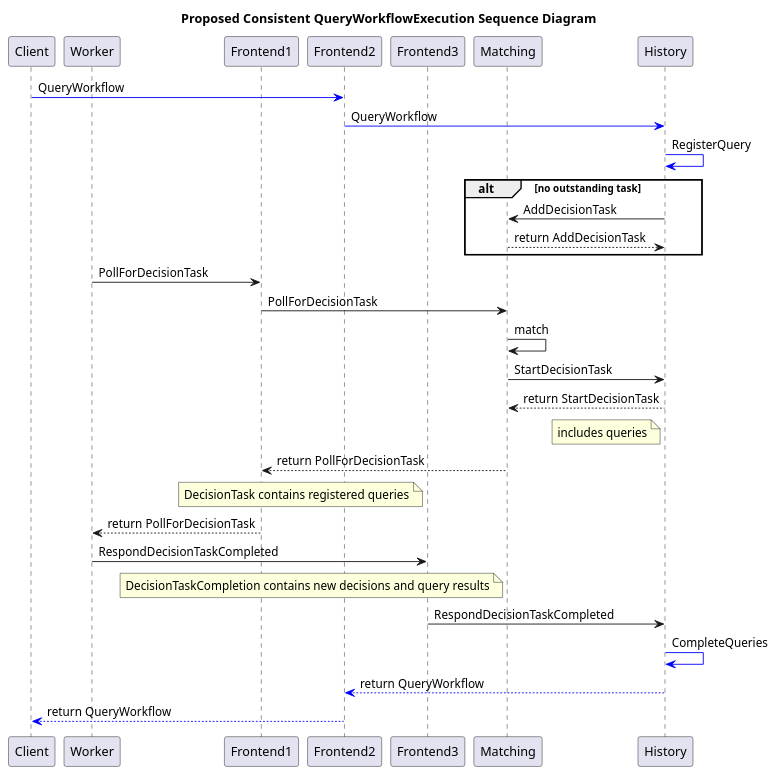
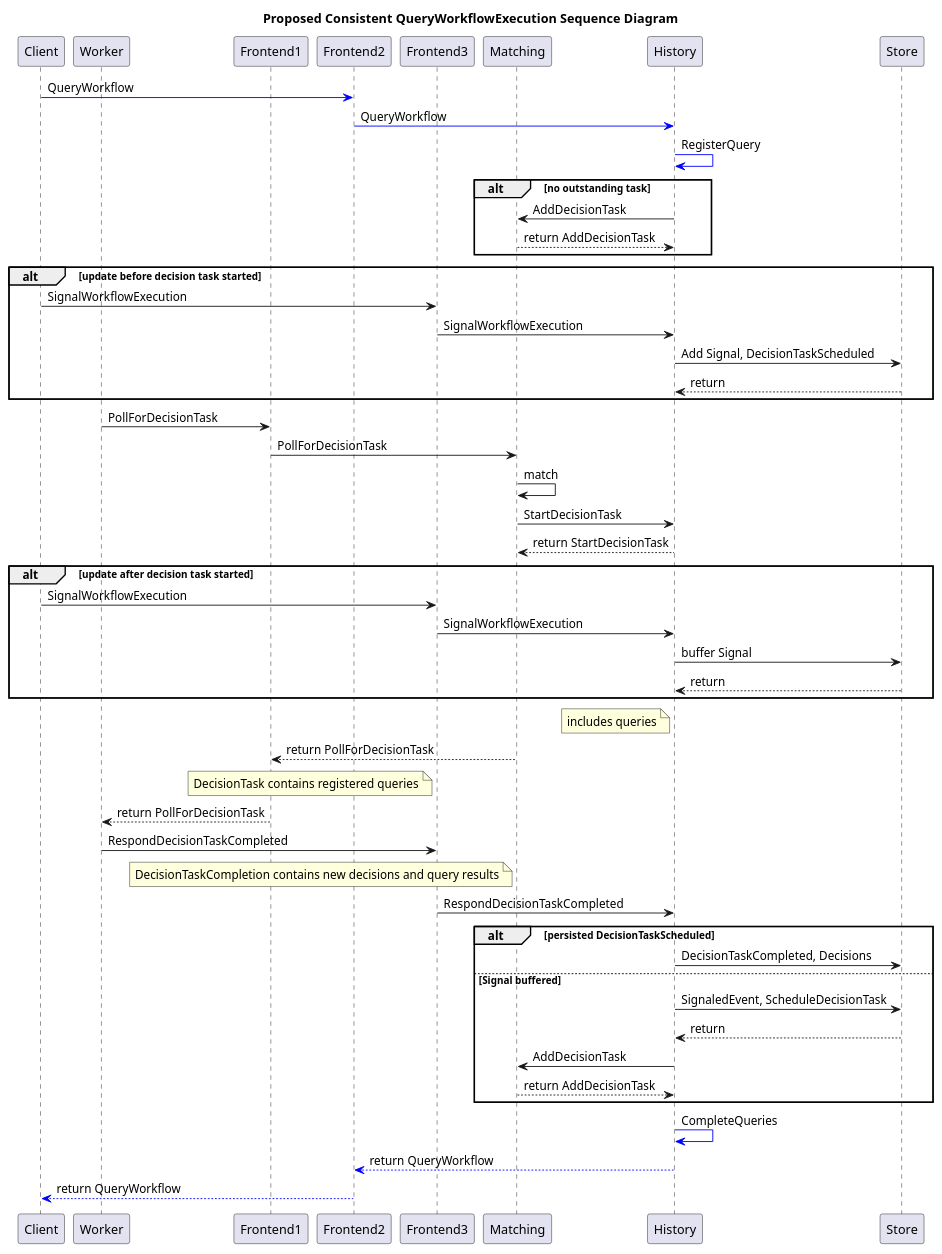
The diagram in docs/consistentQuerySequenceDiagram.puml (mfateev/cadence), drawn with PlantUML before and after one commit.

Commit message:
Added persistent updates during query alts

```diff
--- a/docs/consistentQuerySequenceDiagram.puml
+++ b/docs/consistentQuerySequenceDiagram.puml
@@ -21,41 +21,62 @@
 @startuml
        title Proposed Consistent QueryWorkflowExecution Sequence Diagram
 
        participant Client
        participant Worker
        participant Frontend1
        participant Frontend2
        participant Frontend3
        participant Matching
 
        Client -[#0000FF]> Frontend2: QueryWorkflow
        Frontend2 -[#0000FF]> History: QueryWorkflow
        History -[#0000FF]> History: RegisterQuery
 
 alt no outstanding task
        History -> Matching: AddDecisionTask
        Matching --> History: return AddDecisionTask
 end
 
+alt update before decision task started
+       Client -> Frontend3: SignalWorkflowExecution
+       Frontend3 -> History: SignalWorkflowExecution
+       History -> Store: Add Signal, DecisionTaskScheduled
+       Store --> History: return
+end
        Worker -> Frontend1: PollForDecisionTask
        Frontend1 -> Matching: PollForDecisionTask
        Matching -> Matching: match
        Matching -> History: StartDecisionTask
        History --> Matching: return StartDecisionTask
+alt update after decision task started
+       Client -> Frontend3: SignalWorkflowExecution
+       Frontend3 -> History: SignalWorkflowExecution
+       History -> Store: buffer Signal
+       Store --> History: return
+end
+
        note left of History: includes queries
 
 
 
        Matching --> Frontend1: return PollForDecisionTask
        note left of Frontend3: DecisionTask contains registered queries
        Frontend1 --> Worker: return PollForDecisionTask
        Worker -> Frontend3: RespondDecisionTaskCompleted
        note left of Matching: DecisionTaskCompletion contains new decisions and query results
 
        Frontend3 -> History: RespondDecisionTaskCompleted
+alt persisted DecisionTaskScheduled
+        History -> Store: DecisionTaskCompleted, Decisions
+else Signal buffered
+        History -> Store: SignaledEvent, ScheduleDecisionTask
+        Store --> History: return
+        History -> Matching: AddDecisionTask
+        Matching --> History: return AddDecisionTask
+end
 
        History -[#0000FF]> History: CompleteQueries
 
        History -[#0000FF]-> Frontend2: return QueryWorkflow
        Frontend2 -[#0000FF]-> Client: return QueryWorkflow
 @enduml
```
